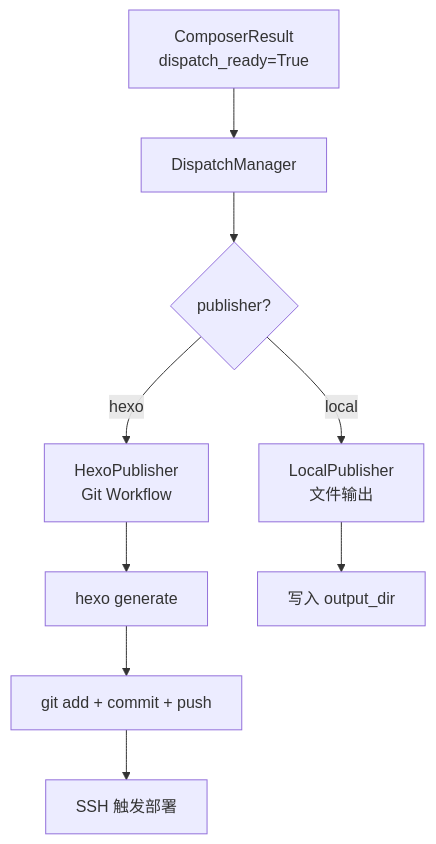
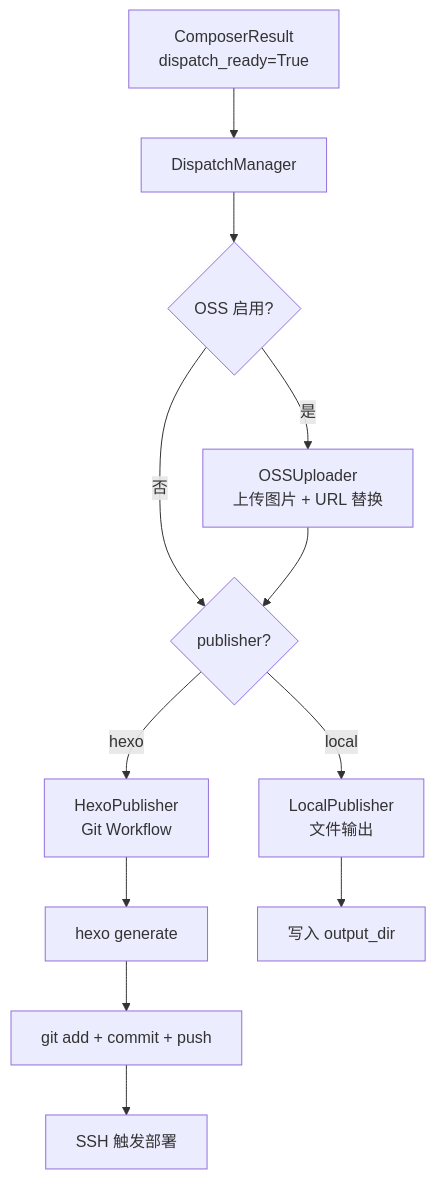
The diagram in docs/dispatch/README.md (xinovate/linglong-knowledge), drawn with Mermaid before and after one commit. The commit also changed other lines of this file and 25 other files, not shown here.

First line of the commit message:
feat(composer): 多尺寸响应式图片 + OSS CDN 上传

````diff
--- a/docs/dispatch/README.md
+++ b/docs/dispatch/README.md
@@ -11,11 +12,14 @@
 ```mermaid
 graph TD
     A[ComposerResult<br/>dispatch_ready=True] --> B[DispatchManager]
-    B --> C{publisher?}
+    B --> O{OSS 启用?}
+    O -->|是| P[OSSUploader<br/>上传图片 + URL 替换]
+    O -->|否| C
+    P --> C{publisher?}
     C -->|hexo| D[HexoPublisher<br/>Git Workflow]
     C -->|local| E[LocalPublisher<br/>文件输出]
     D --> F[hexo generate]
     F --> G[git add + commit + push]
     G --> H[SSH 触发部署]
     E --> I[写入 output_dir]
 ```
````
